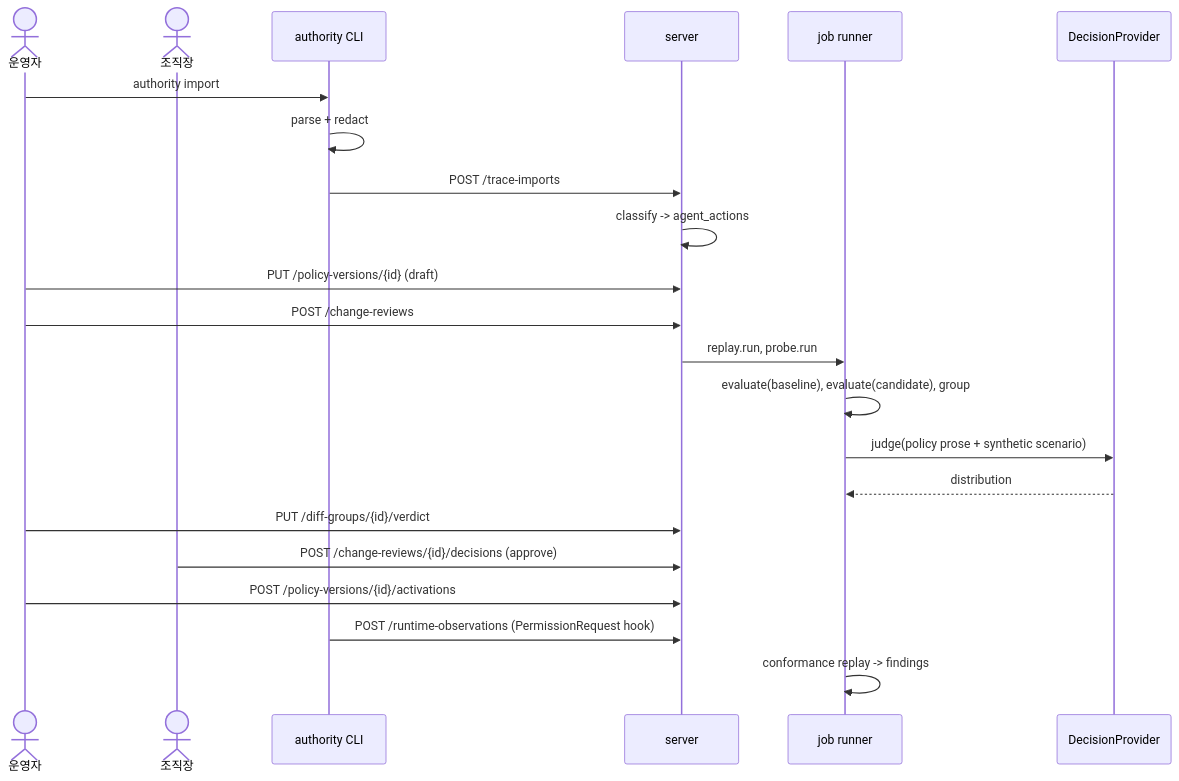
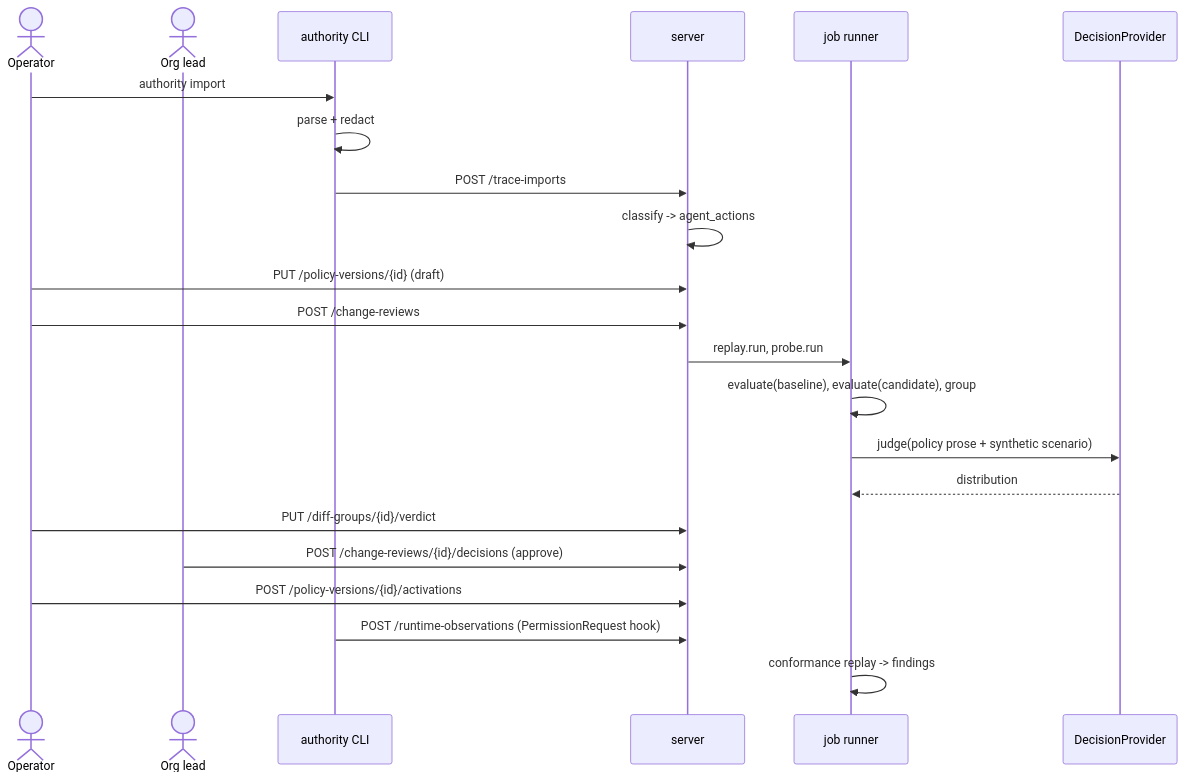
The first of 6 diagrams in docs/design.md (hsskey/authority-diff), drawn with Mermaid before and after one commit. The commit also changed other lines of this file and 35 other files, not shown here.

````diff
--- a/docs/design.md
+++ b/docs/design.md
@@ -350,25 +352,25 @@
 ```mermaid
 sequenceDiagram
-    actor Op as 운영자
-    actor Head as 조직장
+    actor Op as Operator
+    actor Head as Org lead
     participant CLI as authority CLI
     participant API as server
     participant Job as job runner
     participant Jev as DecisionProvider
 
     Op->>CLI: authority import
     CLI->>CLI: parse + redact
     CLI->>API: POST /trace-imports
     API->>API: classify -> agent_actions
     Op->>API: PUT /policy-versions/{id} (draft)
     Op->>API: POST /change-reviews
     API->>Job: replay.run, probe.run
     Job->>Job: evaluate(baseline), evaluate(candidate), group
     Job->>Jev: judge(policy prose + synthetic scenario)
     Jev-->>Job: distribution
     Op->>API: PUT /diff-groups/{id}/verdict
     Head->>API: POST /change-reviews/{id}/decisions (approve)
     Op->>API: POST /policy-versions/{id}/activations
     CLI->>API: POST /runtime-observations (PermissionRequest hook)
     Job->>Job: conformance replay -> findings
 ```
````
